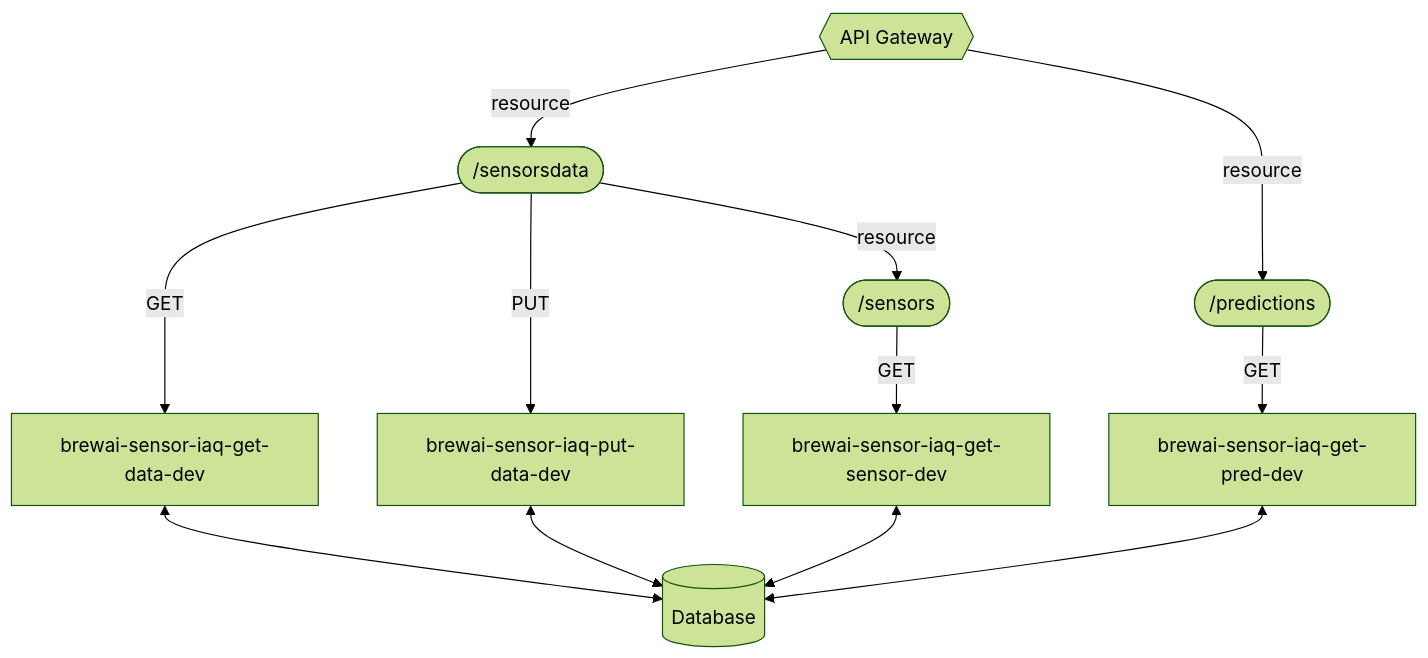
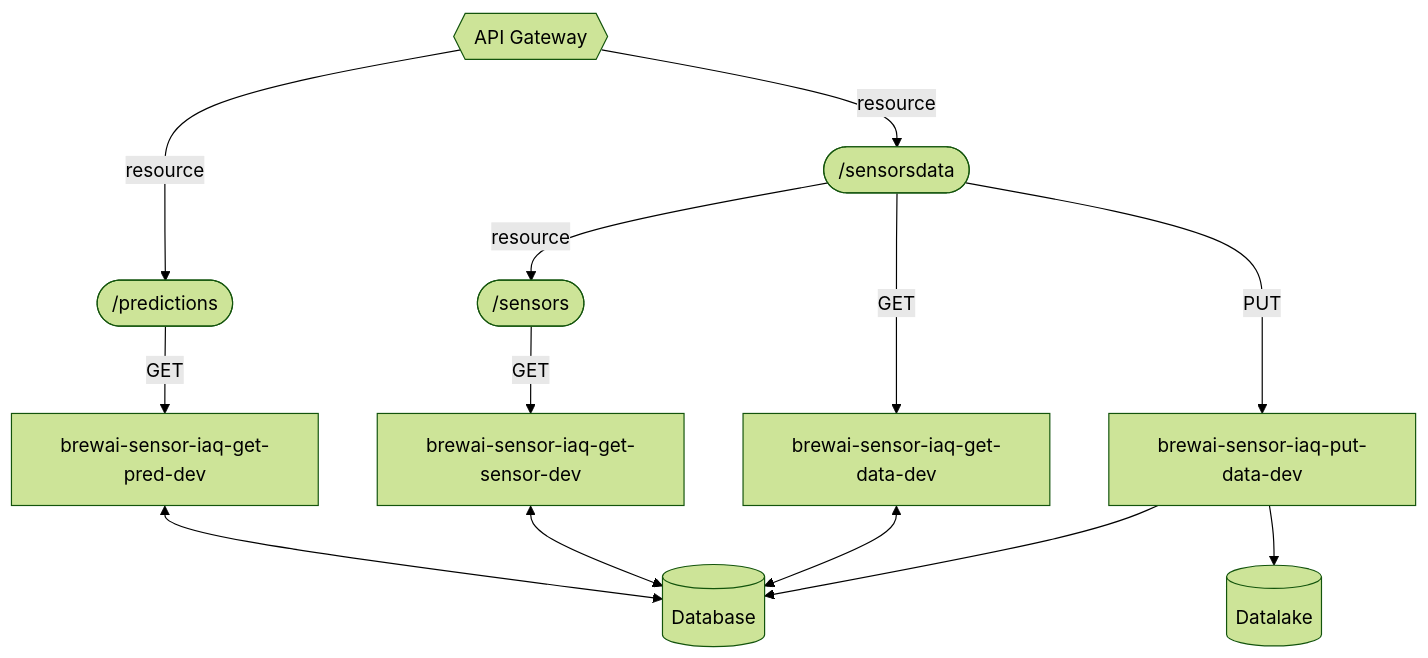
Before and after one commit to MrEthic/FAIC-Forecasting-Indoor: the third of 7 diagrams in README.md, drawn with Mermaid (forest theme). The commit also changed other lines of this file and 7 other files, not shown here.

````diff
--- a/README.md
+++ b/README.md
@@ -184,20 +202,23 @@
 ```mermaid
     flowchart TD
         db[(Database)]
+        s3[(Datalake)]
         api{{API Gateway}}
         rdata([/sensorsdata])
         rpred([/predictions])
         rsensors([/sensors])
         dataget[brewai-sensor-iaq-get-data-dev]
         dataput[brewai-sensor-iaq-put-data-dev]
         sensorsget[brewai-sensor-iaq-get-sensor-dev]
         predget[brewai-sensor-iaq-get-pred-dev]
 
+        api-- resource -->rpred
         api-- resource -->rdata-- resource -->rsensors
-        api-- resource -->rpred
-
+        
         rdata-- GET -->dataget<-->db
-        rdata-- PUT -->dataput<-->db
+        
         rsensors-- GET -->sensorsget<-->db
         rpred-- GET -->predget<-->db
+        rdata-- PUT -->dataput-->db
+        dataput-->s3
 ```
````
